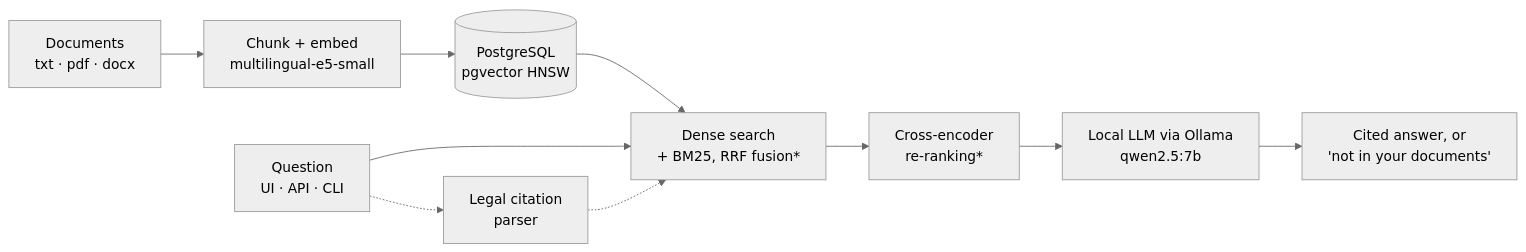
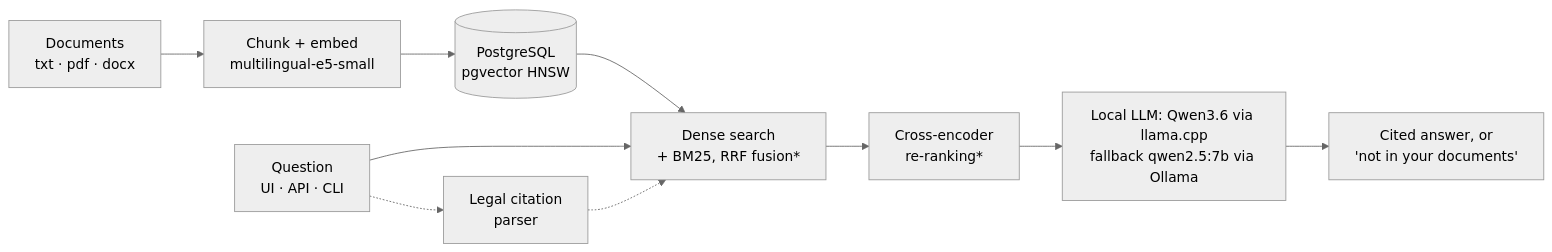
One commit to VCLME/raglab changed the diagram in README.md. Above: the diagram before and after it, drawn with Mermaid (neutral theme). The commit also changed other lines of this file and 30 other files, not shown here.

First line of the commit message:
Make Qwen3.6 on llama.cpp the default answer writer

````diff
--- a/README.md
+++ b/README.md
@@ -85,12 +85,12 @@
 ```mermaid
 flowchart LR
   D[Documents<br/>txt · pdf · docx] --> C[Chunk + embed<br/>multilingual-e5-small]
   C --> P[(PostgreSQL<br/>pgvector HNSW)]
   Q[Question<br/>UI · API · CLI] --> R[Dense search<br/>+ BM25, RRF fusion*]
   P --> R
   Q -.-> X[Legal citation<br/>parser]
   X -.-> R
   R --> K[Cross-encoder<br/>re-ranking*]
-  K --> L[Local LLM via Ollama<br/>qwen2.5:7b]
+  K --> L[Local LLM: Qwen3.6 via llama.cpp<br/>fallback qwen2.5:7b via Ollama]
   L --> A[Cited answer, or<br/>'not in your documents']
 ```
````
